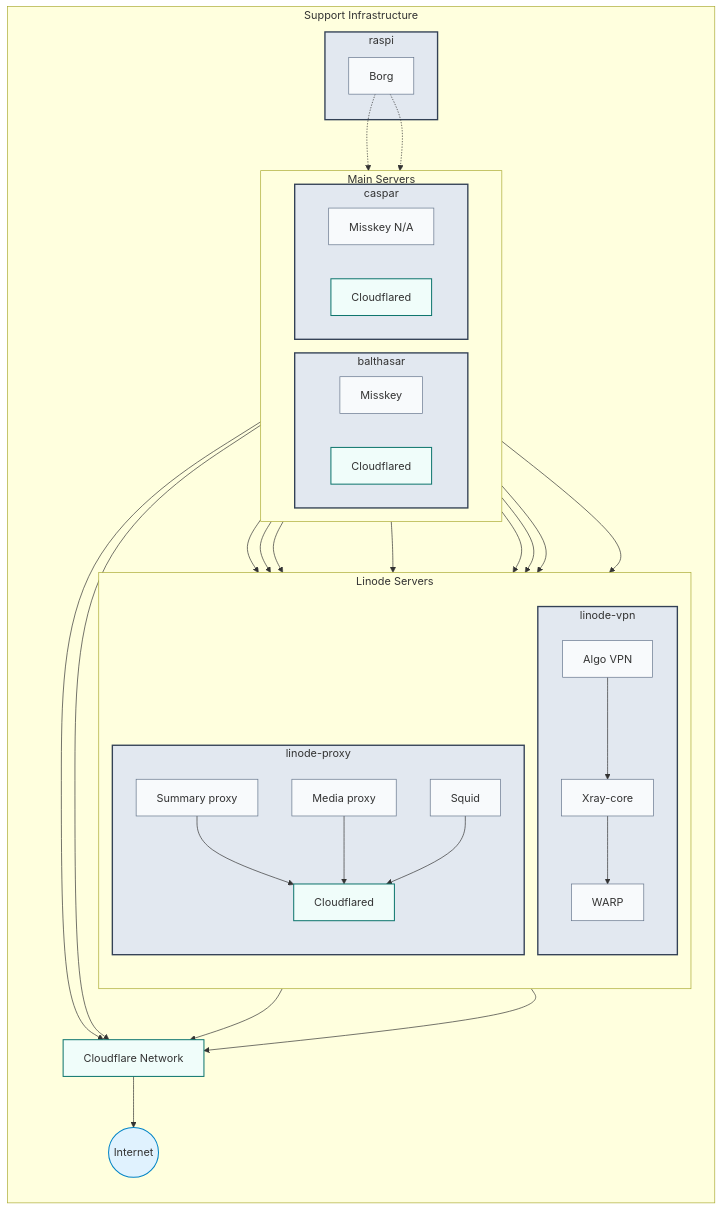
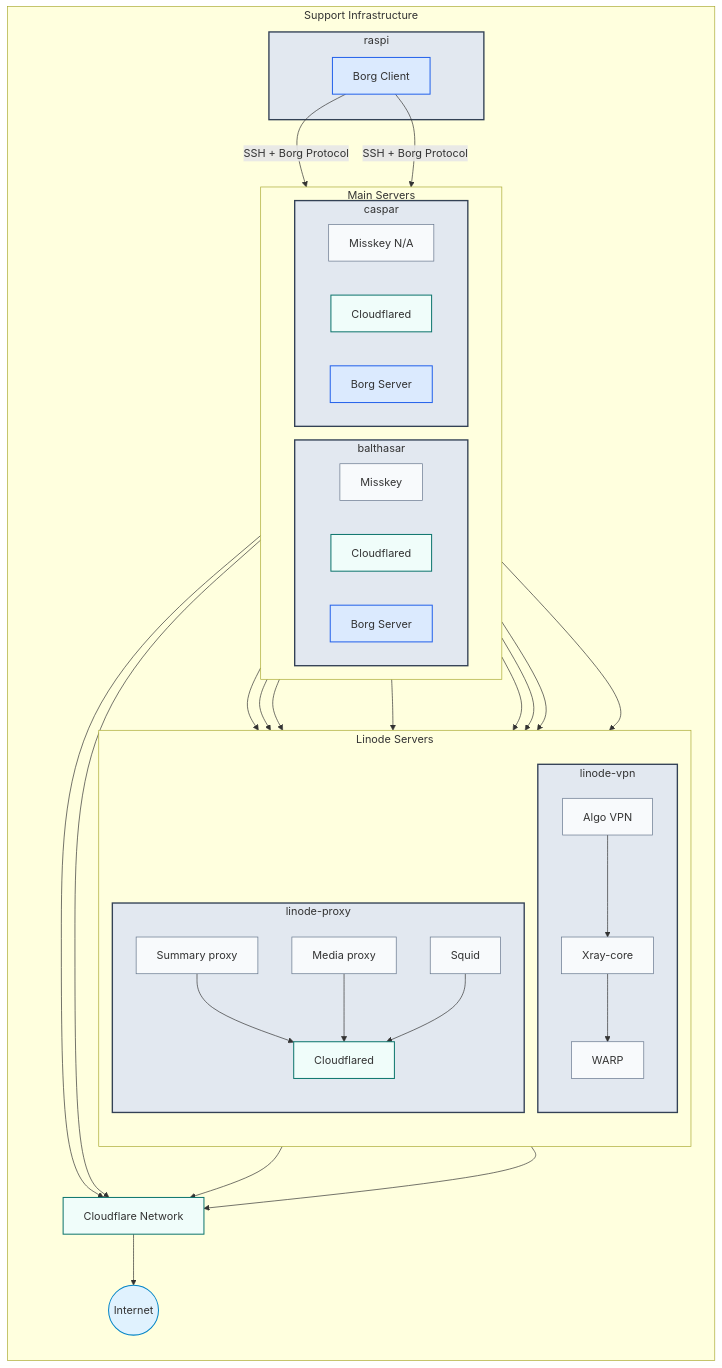
One commit to yamisskey-dev/hosted-list changed the second of 2 diagrams in README.md. Above: the diagram before and after it, drawn with Mermaid.

````diff
--- a/README.md
+++ b/README.md
@@ -118,6 +118,7 @@
 classDef common fill:#fef3c7,stroke:#b45309,stroke-width:1px,font-style:italic
 classDef cloudflare fill:#f0fdfa,stroke:#0f766e,stroke-width:1.5px
 classDef internet fill:#e0f2fe,stroke:#0284c7,stroke-width:1.5px
+classDef backup fill:#dbeafe,stroke:#2563eb,stroke-width:1.5px
 
 %% Support Infrastructure with connections to main servers
 subgraph support[Support Infrastructure]
@@ -140,9 +141,9 @@
         end
     end
     
-    %% Borg backup server
+    %% Borg backup server with improved details
     subgraph raspi[raspi]
-        borgbackup[Borg]:::service
+        borg_client[Borg Client]:::backup
     end
     
     %% Main server references with their social services
@@ -152,11 +153,13 @@
         subgraph balthasar[balthasar]
             yamisskey[Misskey]:::service
             cloudflared_b[Cloudflared]:::cloudflare
+            borg_b[Borg Server]:::backup
         end
         
         subgraph caspar[caspar]
             nayamisskey[Misskey N/A]:::service
             cloudflared_c[Cloudflared]:::cloudflare
+            borg_c[Borg Server]:::backup
         end
     end
     
@@ -174,9 +177,9 @@
 %% VPN traffic flow
 balthasar & caspar --> algo --> xray --> warp
 
-%% Backup connections
-borgbackup -.-> balthasar
-borgbackup -.-> caspar
+%% Backup connections - improved with SSH details
+borg_client -- "SSH + Borg Protocol" --> borg_b
+borg_client -- "SSH + Borg Protocol" --> borg_c
 
 %% Cloudflare connections
 cloudflared_b & cloudflared_c --> cloudflare_network
@@ -191,6 +194,7 @@
 
 %% Apply styles
 class balthasar,caspar,vpn,proxy,raspi homeServer
-class yamisskey,nayamisskey,algo,xray,warp,summaryproxy,mediaproxy,squid,borgbackup service
+class yamisskey,nayamisskey,algo,xray,warp,summaryproxy,mediaproxy,squid service
 class cloudflared_b,cloudflared_c,cloudflared_proxy,cloudflare_network cloudflare
+class borg_client,borg_b,borg_c backup
 ```
````
